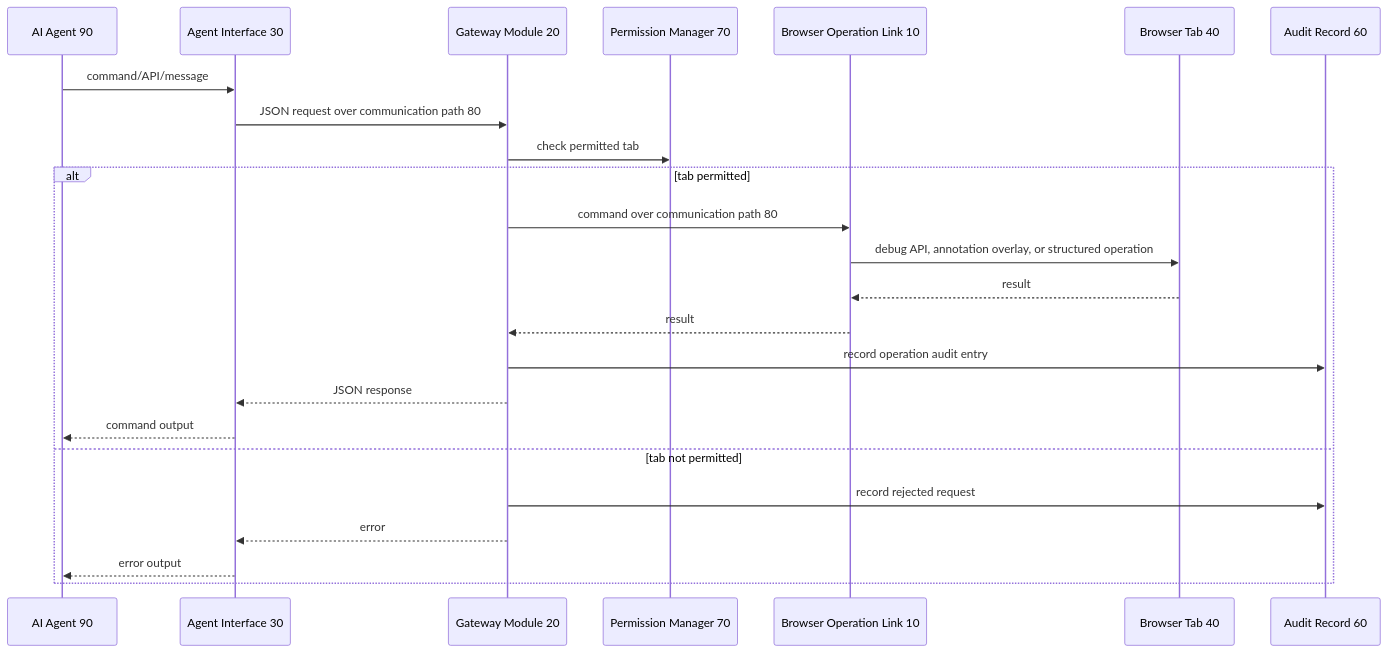
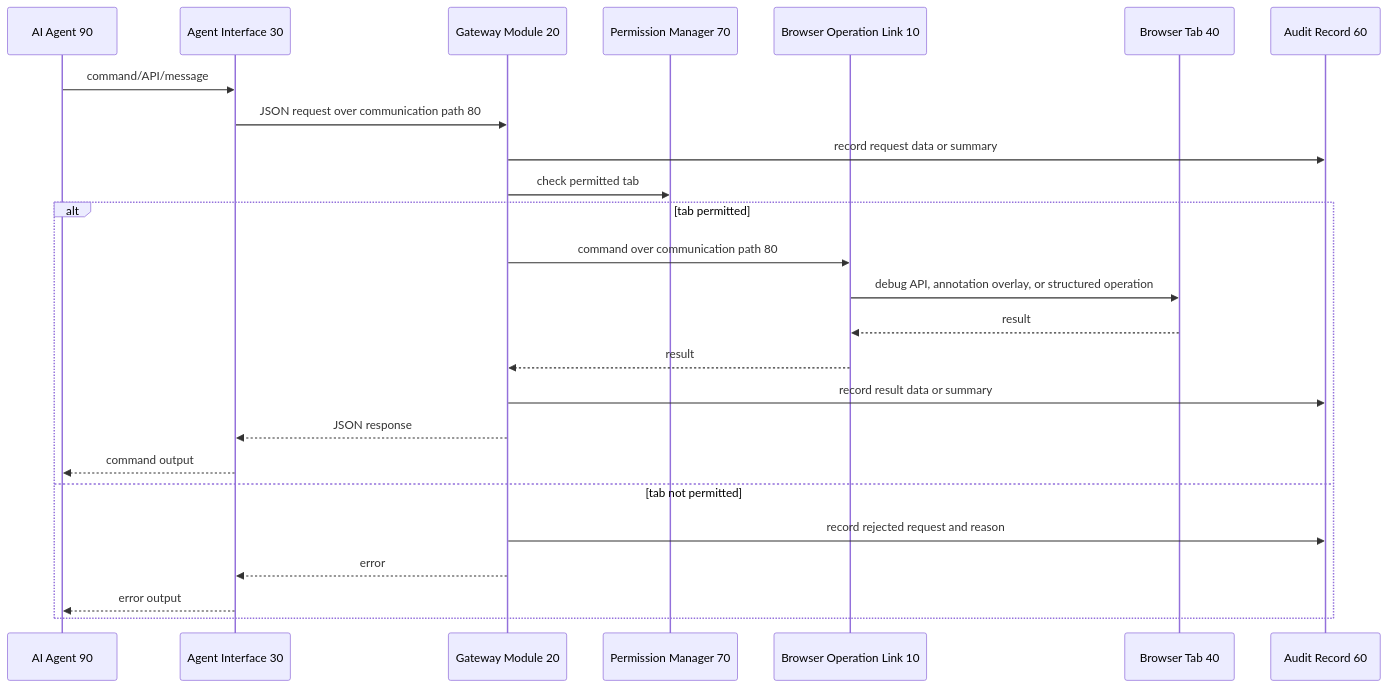
The diagram in legal/patent/figures/fig-4-message-flow.mmd (arcmanagement/agent-browser-gateway), drawn with Mermaid before and after one commit. The commit also changed 7 other files, not shown here.

```diff
--- a/legal/patent/figures/fig-4-message-flow.mmd
+++ b/legal/patent/figures/fig-4-message-flow.mmd
@@ -1,25 +1,26 @@
 sequenceDiagram
   participant A as AI Agent 90
   participant C as Agent Interface 30
   participant G as Gateway Module 20
   participant P as Permission Manager 70
   participant E as Browser Operation Link 10
   participant T as Browser Tab 40
   participant L as Audit Record 60
 
   A->>C: command/API/message
   C->>G: JSON request over communication path 80
+  G->>L: record request data or summary
   G->>P: check permitted tab
   alt tab permitted
     G->>E: command over communication path 80
     E->>T: debug API, annotation overlay, or structured operation
     T-->>E: result
     E-->>G: result
-    G->>L: record operation audit entry
+    G->>L: record result data or summary
     G-->>C: JSON response
     C-->>A: command output
   else tab not permitted
-    G->>L: record rejected request
+    G->>L: record rejected request and reason
     G-->>C: error
     C-->>A: error output
   end
```
